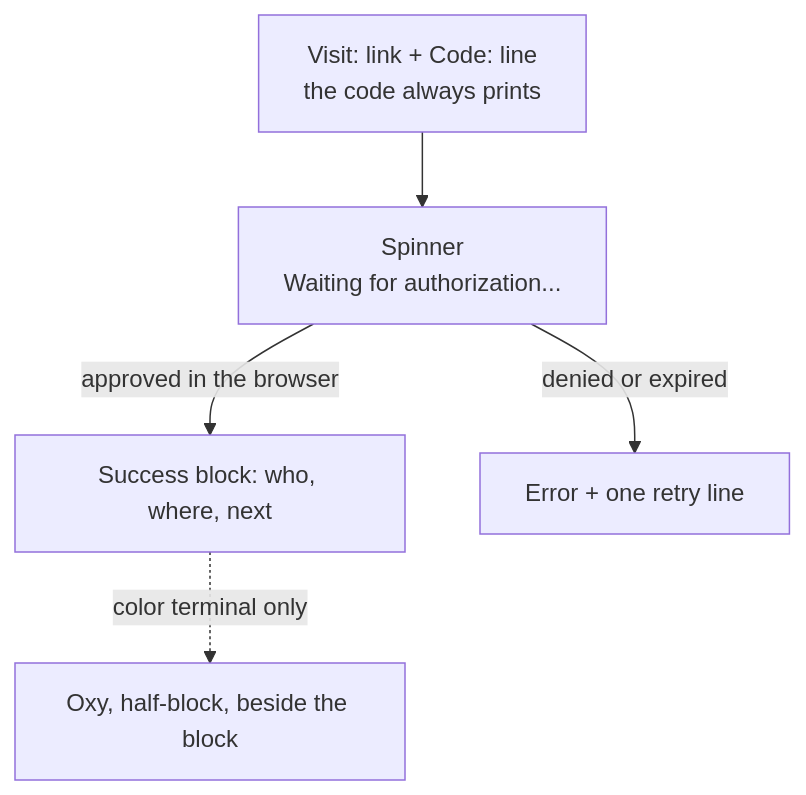
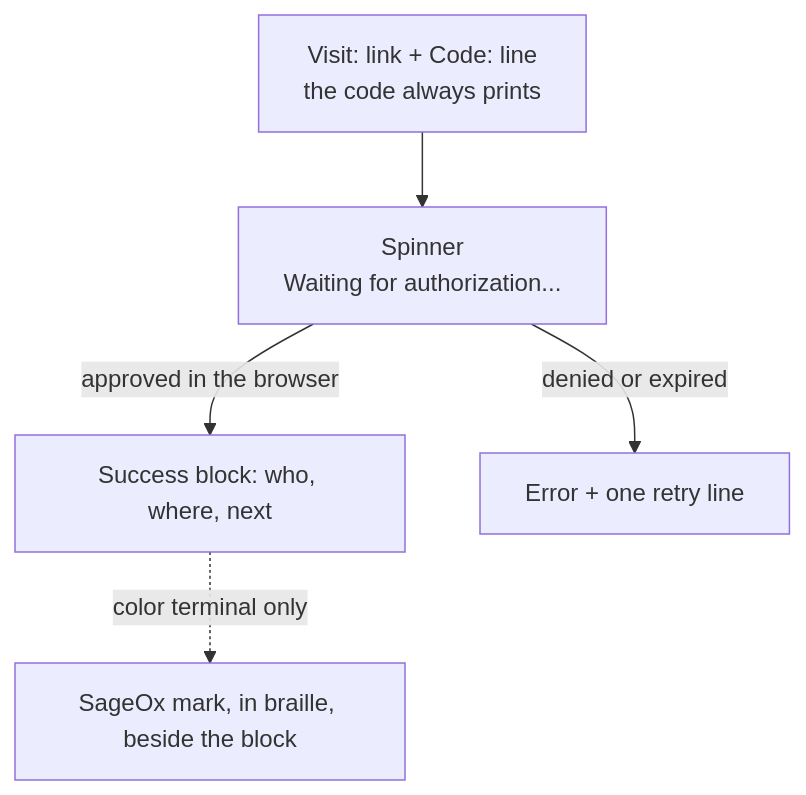
Before and after one commit to sageox/ox: the diagram in docs/design/patterns/login-flow.md, drawn with Mermaid. The commit also changed other lines of this file and 12 other files, not shown here.

First line of the commit message:
feat(login): draw the SageOx braille mark beside the login success block

````diff
--- a/docs/design/patterns/login-flow.md
+++ b/docs/design/patterns/login-flow.md
@@ -7,7 +7,7 @@
 ```mermaid
 flowchart TD
     A["Visit: link + Code: line<br/>the code always prints"] --> B["Spinner<br/>Waiting for authorization..."]
     B -->|approved in the browser| C["Success block: who, where, next"]
     B -->|denied or expired| D["Error + one retry line"]
-    C -.->|color terminal only| E["Oxy, half-block, beside the block"]
+    C -.->|color terminal only| E["SageOx mark, in braille, beside the block"]
 ```
````
